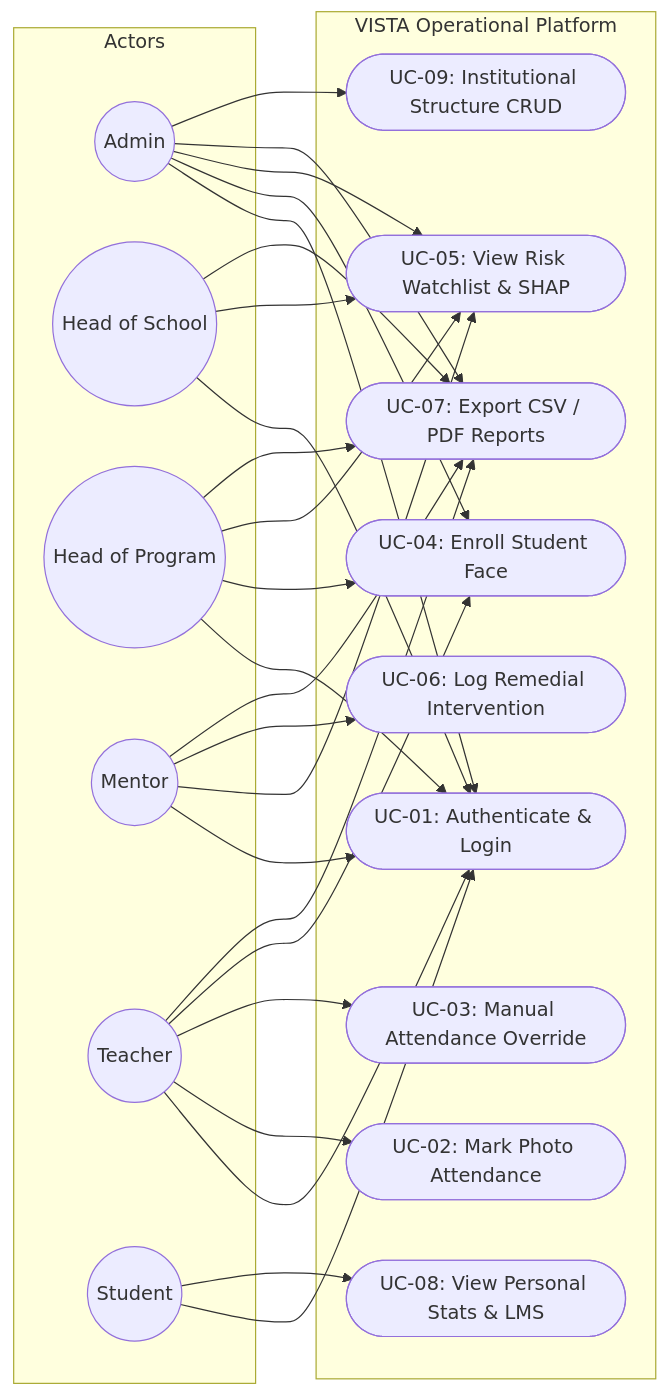
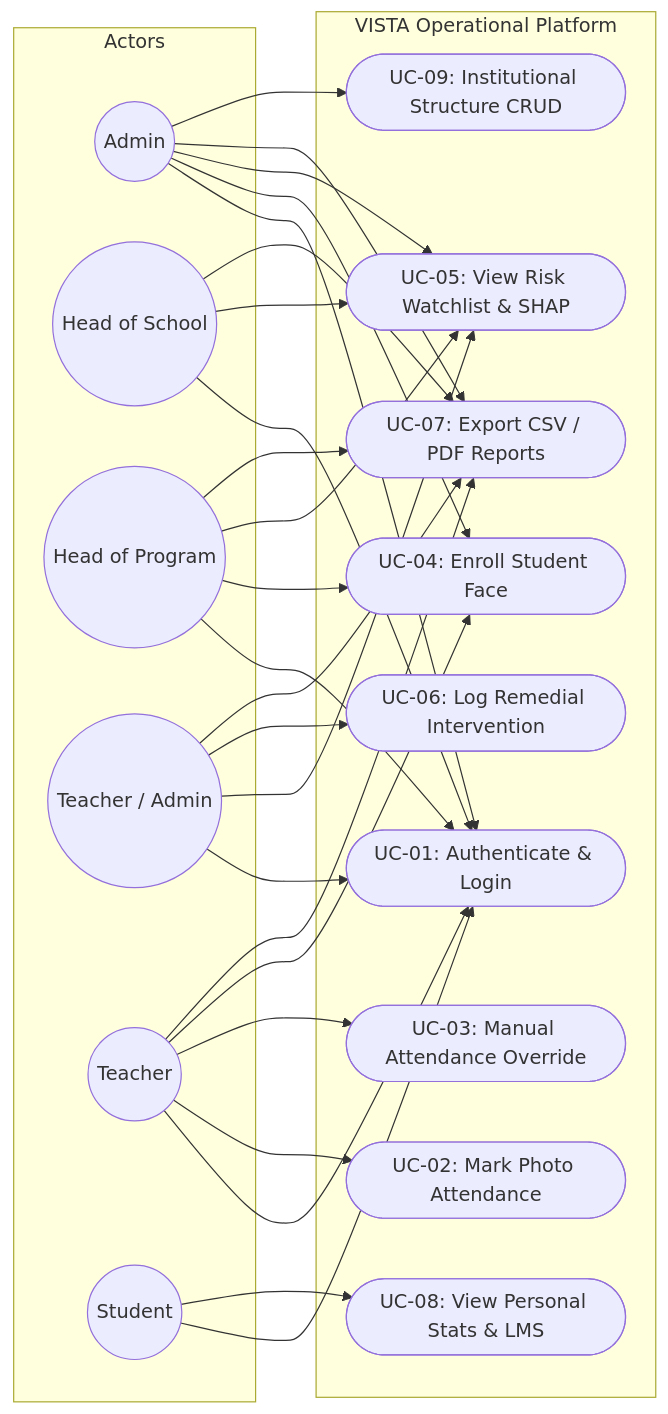
Before and after one commit to M0hammedAyan/AI-Classroom-Intelligent-System: the second of 5 diagrams in REPORT_ch4.md, drawn with Mermaid. The commit also changed other lines of this file and 46 other files, not shown here.

````diff
--- a/REPORT_ch4.md
+++ b/REPORT_ch4.md
@@ -105,52 +102,52 @@
 ```mermaid
 graph LR
     subgraph Actors
         A((Admin))
         HOS((Head of School))
         HOP((Head of Program))
-        M((Mentor))
+        M((Teacher / Admin))
         T((Teacher))
         S((Student))
     end
 
     subgraph VISTA_Platform ["VISTA Operational Platform"]
         UC1([UC-01: Authenticate & Login])
         UC2([UC-02: Mark Photo Attendance])
         UC3([UC-03: Manual Attendance Override])
         UC4([UC-04: Enroll Student Face])
         UC5([UC-05: View Risk Watchlist & SHAP])
         UC6([UC-06: Log Remedial Intervention])
         UC7([UC-07: Export CSV / PDF Reports])
         UC8([UC-08: View Personal Stats & LMS])
         UC9([UC-09: Institutional Structure CRUD])
     end
 
     A --> UC1
     A --> UC4
     A --> UC5
     A --> UC7
     A --> UC9
 
     HOS --> UC1
     HOS --> UC5
     HOS --> UC7
 
     HOP --> UC1
     HOP --> UC4
     HOP --> UC5
     HOP --> UC7
 
     M --> UC1
     M --> UC5
     M --> UC6
     M --> UC7
 
     T --> UC1
     T --> UC2
     T --> UC3
     T --> UC4
     T --> UC7
 
     S --> UC1
     S --> UC8
 ```
````
